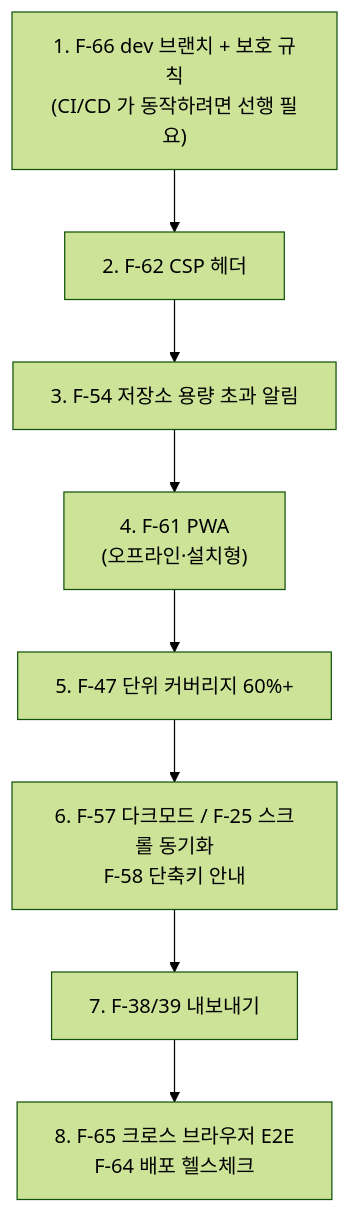
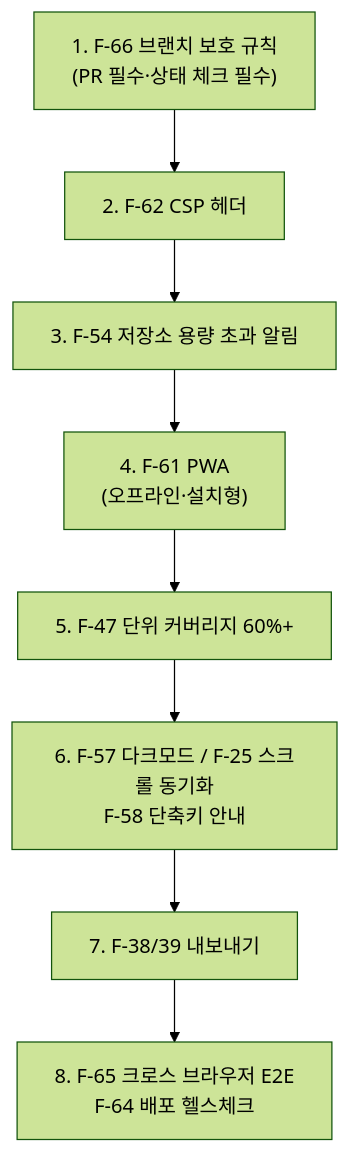
One commit to devworld-ltd/markdownEditor changed the diagram in docs/features/feature-status.md. Above: the diagram before and after it, drawn with Mermaid (forest theme). The commit also changed other lines of this file and 4 other files, not shown here.

````diff
--- a/docs/features/feature-status.md
+++ b/docs/features/feature-status.md
@@ -146,10 +146,10 @@
 ```mermaid
 graph TD
-  A["1. F-66 dev 브랜치 + 보호 규칙<br/>(CI/CD 가 동작하려면 선행 필요)"] --> B["2. F-62 CSP 헤더"]
+  A["1. F-66 브랜치 보호 규칙<br/>(PR 필수·상태 체크 필수)"] --> B["2. F-62 CSP 헤더"]
   B --> C["3. F-54 저장소 용량 초과 알림"]
   C --> D["4. F-61 PWA<br/>(오프라인·설치형)"]
   D --> E["5. F-47 단위 커버리지 60%+"]
   E --> F["6. F-57 다크모드 / F-25 스크롤 동기화<br/>F-58 단축키 안내"]
   F --> G["7. F-38/39 내보내기"]
   G --> H["8. F-65 크로스 브라우저 E2E<br/>F-64 배포 헬스체크"]
 ```
````
